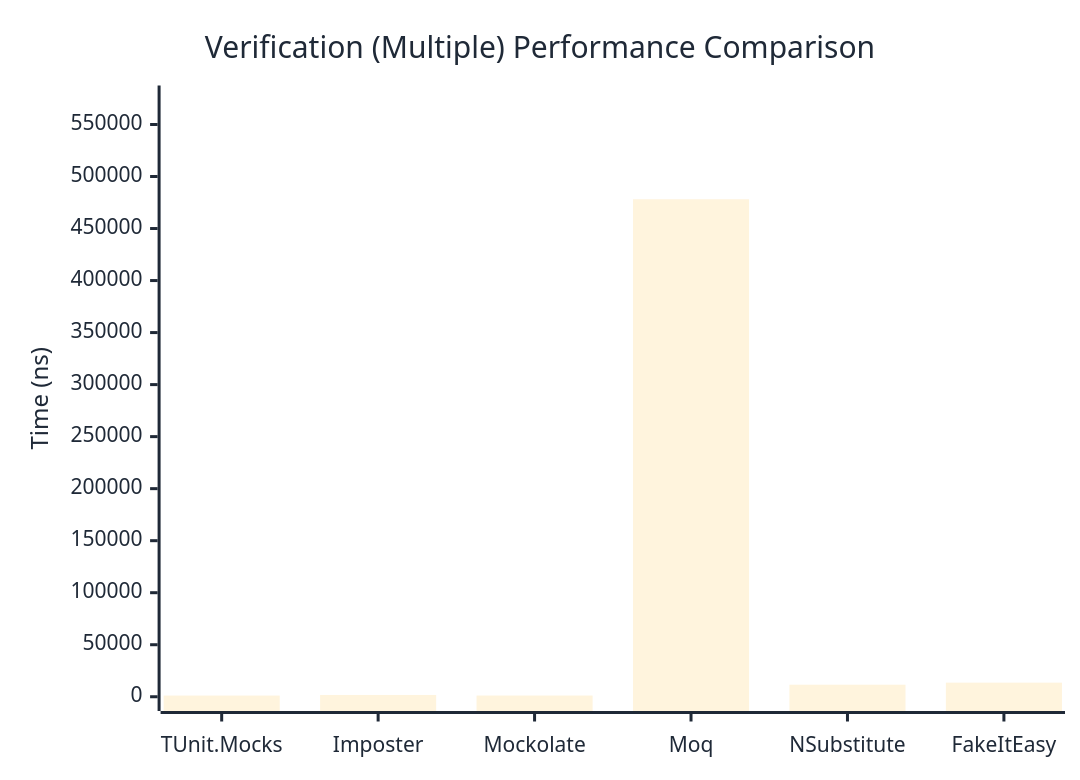
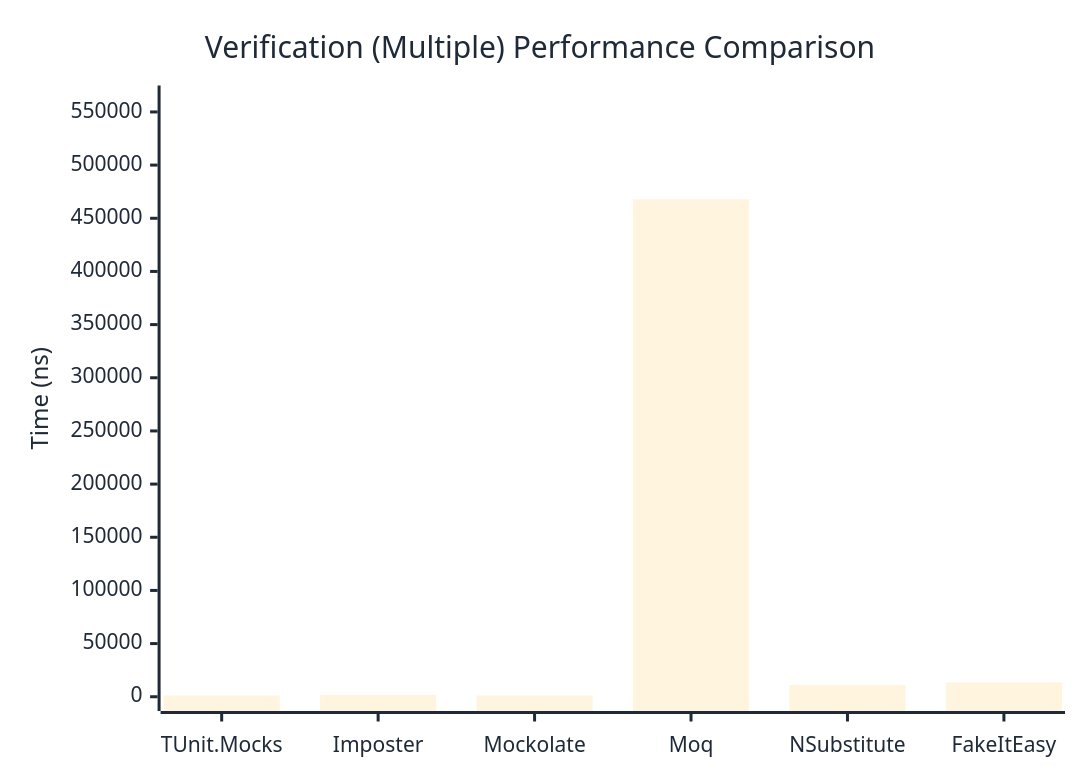
One commit to thomhurst/TUnit changed the third of 3 diagrams in docs/docs/benchmarks/mocks/Verification.md. Above: the diagram before and after it, drawn with Mermaid. The commit also changed other lines of this file and 14 other files, not shown here.

````diff
--- a/docs/docs/benchmarks/mocks/Verification.md
+++ b/docs/docs/benchmarks/mocks/Verification.md
@@ -110,27 +110,27 @@
 ```mermaid
 %%{init: {
   'theme':'base',
   'themeVariables': {
     'primaryColor': '#2563eb',
     'primaryTextColor': '#1f2937',
     'primaryBorderColor': '#1e40af',
     'lineColor': '#6b7280',
     'secondaryColor': '#7c3aed',
     'tertiaryColor': '#dc2626',
     'background': '#ffffff',
     'pie1': '#2563eb',
     'pie2': '#7c3aed',
     'pie3': '#dc2626',
     'pie4': '#f59e0b',
     'pie5': '#10b981',
     'pie6': '#06b6d4',
     'pie7': '#ec4899',
     'pie8': '#6366f1'
   }
 }}%%
 xychart-beta
   title "Verification (Multiple) Performance Comparison"
   x-axis ["TUnit.Mocks", "Imposter", "Mockolate", "Moq", "NSubstitute", "FakeItEasy"]
-  y-axis "Time (ns)" 0 --> 573768
-  bar [1154.55, 1726.96, 1162.15, 478139.85, 11571.75, 13555.4]
+  y-axis "Time (ns)" 0 --> 561471
+  bar [1182.5, 1788.78, 1145.04, 467892, 10975.39, 13412]
 ```
````
